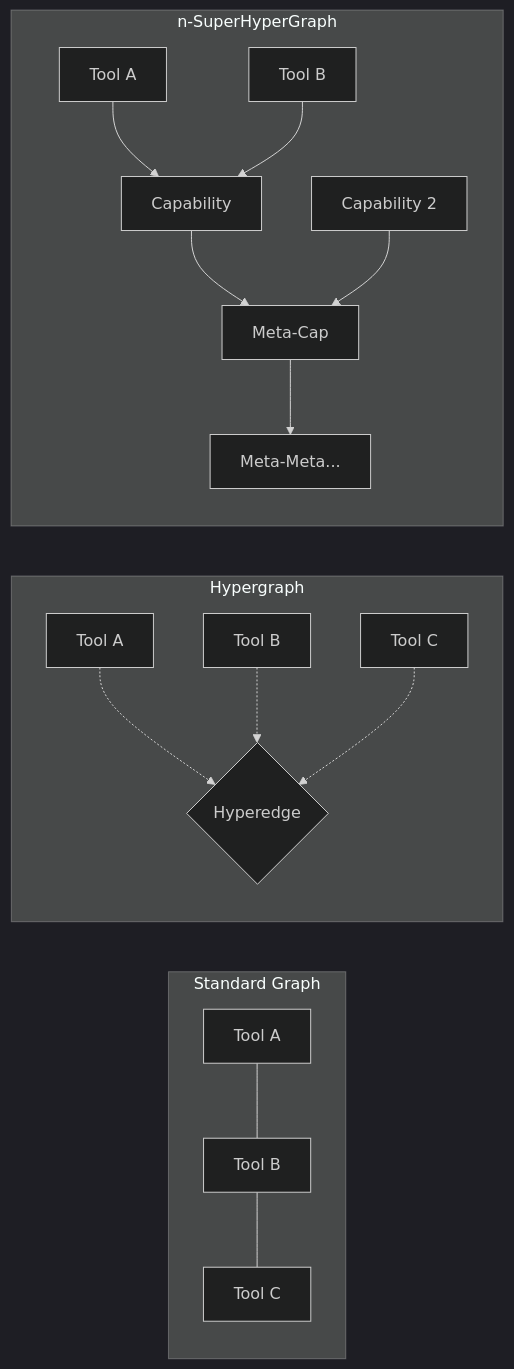
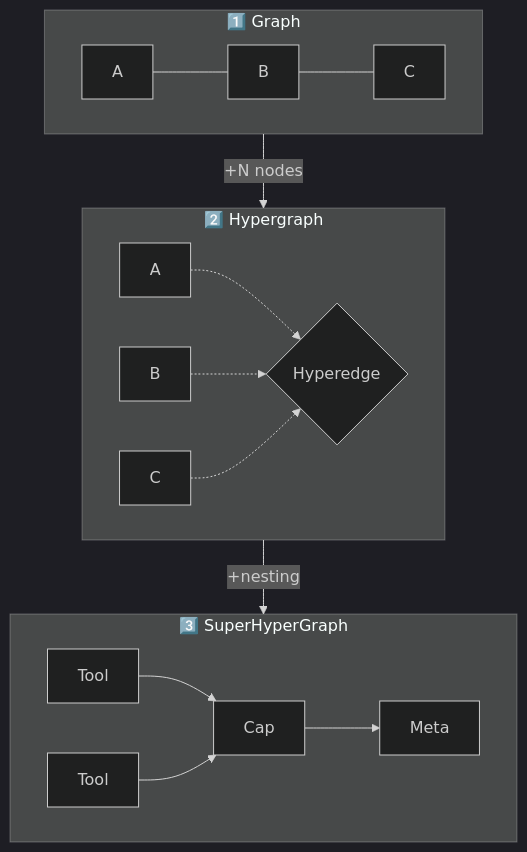
The second of 4 diagrams in src/web/posts/2025-12-18-why-n-superhypergraph.md (Casys-AI/casys-pml), drawn with Mermaid (dark theme) before and after one commit. The commit also changed other lines of this file and 14 other files, not shown here.

First line of the commit message:
feat(web): improve mobile responsiveness for blog diagrams and formulas

````diff
--- a/src/web/posts/2025-12-18-why-n-superhypergraph.md
+++ b/src/web/posts/2025-12-18-why-n-superhypergraph.md
@@ -51,21 +52,15 @@
 ```mermaid
-graph LR
-    subgraph "Standard Graph"
-        A1[Tool A] --- A2[Tool B]
-        A2 --- A3[Tool C]
+flowchart TD
+    subgraph G1["1️⃣ Graph"]
+        A[A] --- B[B] --- C[C]
     end
-
-    subgraph "Hypergraph"
-        B1[Tool A] -.-> H1{Hyperedge}
-        B2[Tool B] -.-> H1
-        B3[Tool C] -.-> H1
+    subgraph G2["2️⃣ Hypergraph"]
+        D[A] & E[B] & F[C] -.-> H{Hyperedge}
     end
-
-    subgraph "n-SuperHyperGraph"
-        C1[Tool A] --> S1[Capability]
-        C2[Tool B] --> S1
-        S1 --> M1[Meta-Cap]
-        S2[Capability 2] --> M1
-        M1 --> M2[Meta-Meta...]
+    subgraph G3["3️⃣ SuperHyperGraph"]
+        I[Tool] --> J[Cap]
+        K[Tool] --> J
+        J --> L[Meta]
     end
+    G1 -->|"+N nodes"| G2 -->|"+nesting"| G3
 ```
````
